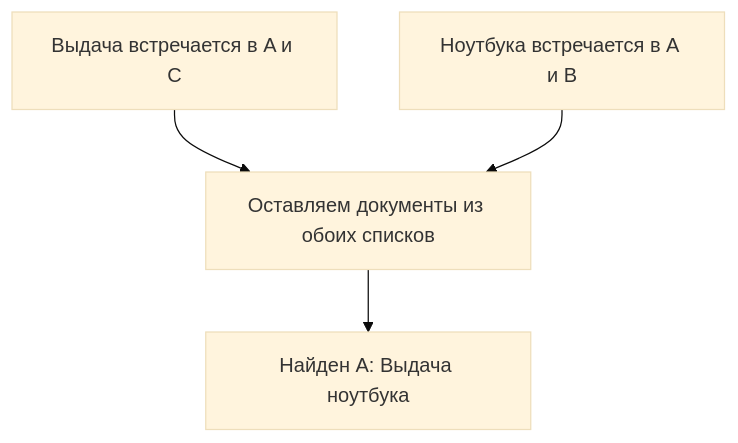
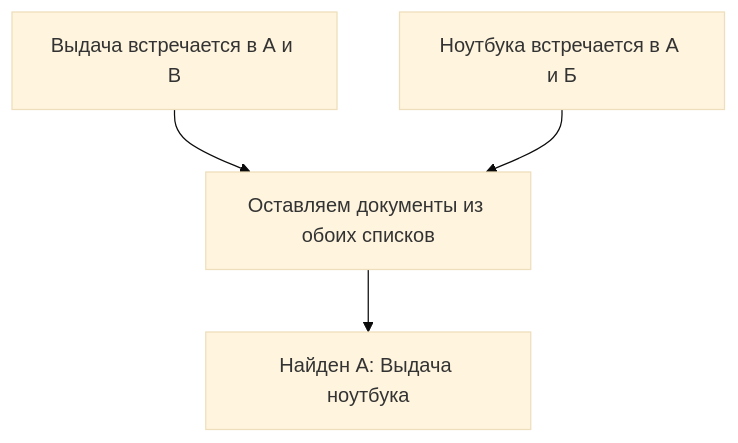
Before and after one commit to DanilChyksin/OP.09_Osnovy_raboty_s_informatsiei: the first of 2 diagrams in Лекция 2.3 — Каталогизация и индексирование.md, drawn with Mermaid (base theme). The commit also changed other lines of this file and 2 other files, not shown here.

````diff
--- a/Лекция 2.3 — Каталогизация и индексирование.md
+++ b/Лекция 2.3 — Каталогизация и индексирование.md
@@ -85,6 +83,6 @@
 ```mermaid
 flowchart TD
-    A["Выдача встречается в A и C"] --> C["Оставляем документы из обоих списков"]
-    B["Ноутбука встречается в A и B"] --> C
-    C --> D["Найден A: Выдача ноутбука"]
+    A["Выдача встречается в А и В"] --> C["Оставляем документы из обоих списков"]
+    B["Ноутбука встречается в А и Б"] --> C
+    C --> D["Найден А: Выдача ноутбука"]
 ```
````
